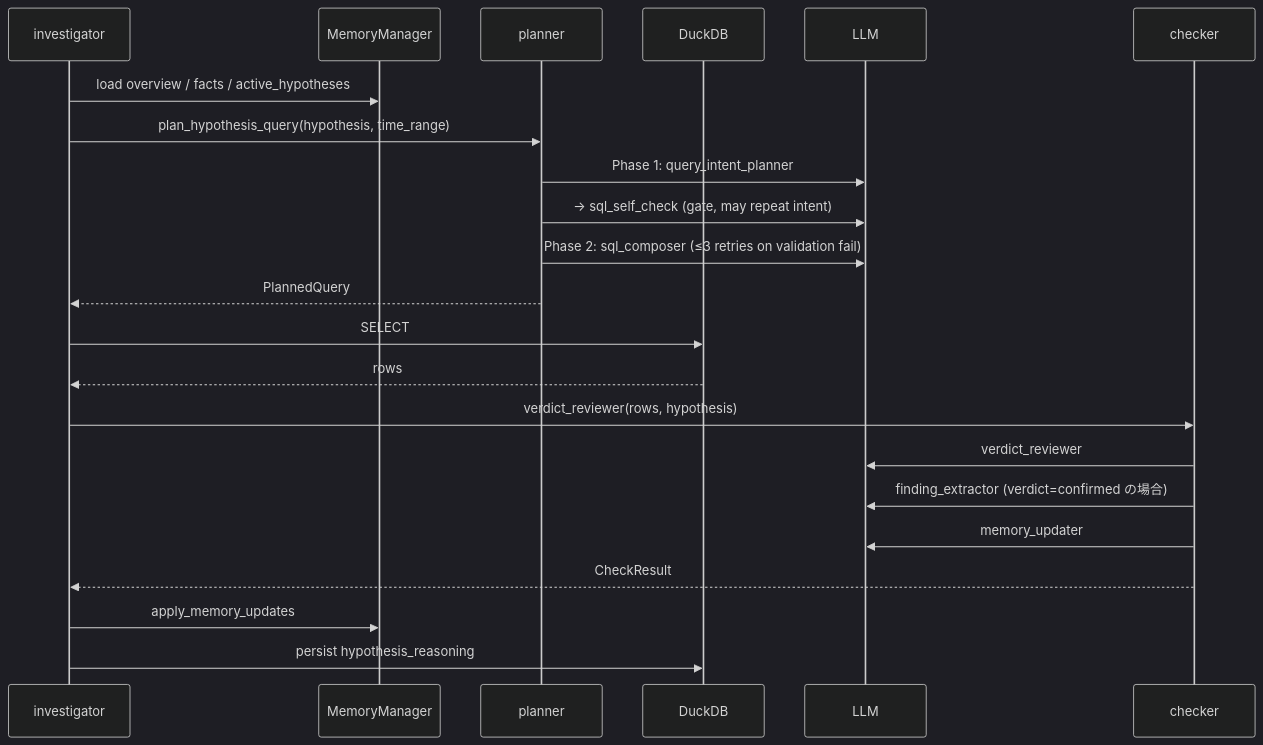
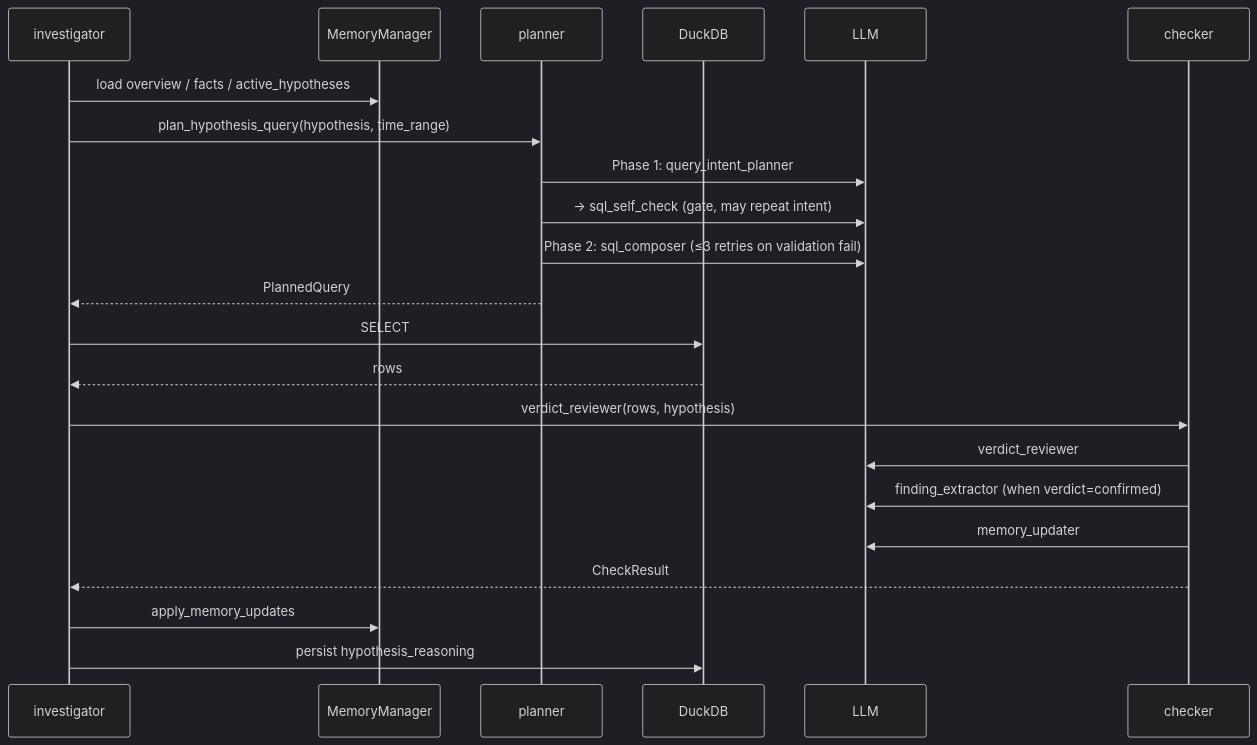
One commit to sumeshi/forensia changed the second of 3 diagrams in docs/architecture.md. Above: the diagram before and after it, drawn with Mermaid (dark theme). The commit also changed other lines of this file and 41 other files, not shown here.

````diff
--- a/docs/architecture.md
+++ b/docs/architecture.md
@@ -81,25 +81,25 @@
 ```mermaid
 sequenceDiagram
     participant Inv as investigator
     participant Mem as MemoryManager
     participant Plan as planner
     participant DB as DuckDB
     participant LLM
     participant Chk as checker
 
     Inv->>Mem: load overview / facts / active_hypotheses
     Inv->>Plan: plan_hypothesis_query(hypothesis, time_range)
     Plan->>LLM: Phase 1: query_intent_planner
     Plan->>LLM: → sql_self_check (gate, may repeat intent)
     Plan->>LLM: Phase 2: sql_composer (≤3 retries on validation fail)
     Plan-->>Inv: PlannedQuery
     Inv->>DB: SELECT
     DB-->>Inv: rows
     Inv->>Chk: verdict_reviewer(rows, hypothesis)
     Chk->>LLM: verdict_reviewer
-    Chk->>LLM: finding_extractor (verdict=confirmed の場合)
+    Chk->>LLM: finding_extractor (when verdict=confirmed)
     Chk->>LLM: memory_updater
     Chk-->>Inv: CheckResult
     Inv->>Mem: apply_memory_updates
     Inv->>DB: persist hypothesis_reasoning
 ```
````
